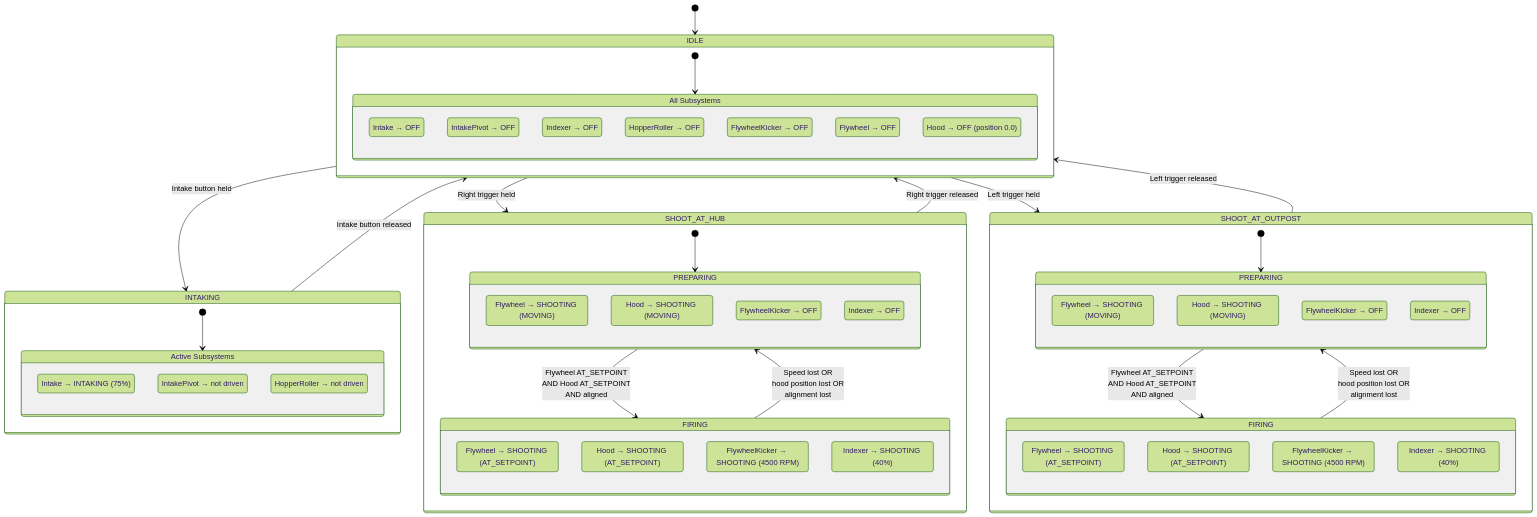
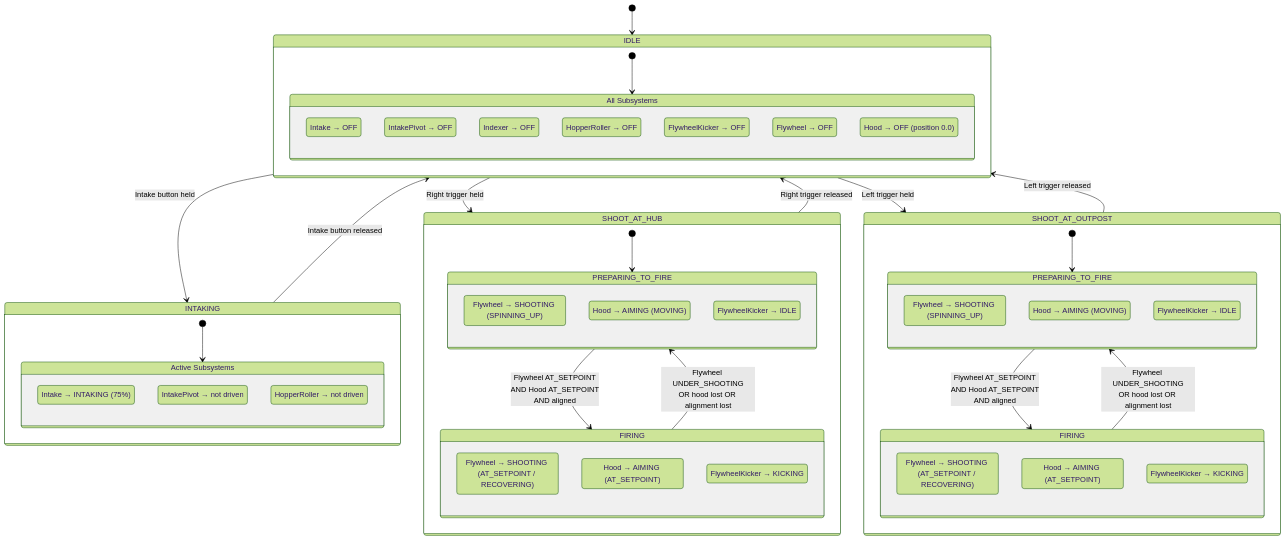
One commit to FRCTeam360/RainMaker26 changed the diagram in docs/states/FullStateMachine.mmd. Above: the diagram before and after it, drawn with Mermaid (forest theme). The commit also changed 7 other files, not shown here.

Commit message:
updated diagrams

```diff
--- a/docs/states/FullStateMachine.mmd
+++ b/docs/states/FullStateMachine.mmd
@@ -1,75 +1,71 @@
 stateDiagram-v2
     [*] --> IDLE
 
     state IDLE {
         [*] --> idle_subsystems
         state "All Subsystems" as idle_subsystems {
             idle_intake: Intake → OFF
             idle_pivot: IntakePivot → OFF
             idle_indexer: Indexer → OFF
             idle_hopper: HopperRoller → OFF
             idle_kicker: FlywheelKicker → OFF
             idle_flywheel: Flywheel → OFF
             idle_hood: Hood → OFF (position 0.0)
         }
     }
 
     state INTAKING {
         [*] --> intaking_subsystems
         state "Active Subsystems" as intaking_subsystems {
             int_intake: Intake → INTAKING (75%)
             int_pivot: IntakePivot → not driven
             int_hopper: HopperRoller → not driven
         }
     }
 
     state SHOOT_AT_HUB {
         [*] --> hub_PREPARING
 
-        state "PREPARING" as hub_PREPARING {
-            hub_prep_fw: Flywheel → SHOOTING (MOVING)
-            hub_prep_hood: Hood → SHOOTING (MOVING)
-            hub_prep_kicker: FlywheelKicker → OFF
-            hub_prep_indexer: Indexer → OFF
+        state "PREPARING_TO_FIRE" as hub_PREPARING {
+            hub_prep_fw: Flywheel → SHOOTING (SPINNING_UP)
+            hub_prep_hood: Hood → AIMING (MOVING)
+            hub_prep_kicker: FlywheelKicker → IDLE
         }
 
         state "FIRING" as hub_FIRING {
-            hub_fire_fw: Flywheel → SHOOTING (AT_SETPOINT)
-            hub_fire_hood: Hood → SHOOTING (AT_SETPOINT)
-            hub_fire_kicker: FlywheelKicker → SHOOTING (4500 RPM)
-            hub_fire_indexer: Indexer → SHOOTING (40%)
+            hub_fire_fw: Flywheel → SHOOTING (AT_SETPOINT / RECOVERING)
+            hub_fire_hood: Hood → AIMING (AT_SETPOINT)
+            hub_fire_kicker: FlywheelKicker → KICKING
         }
 
         hub_PREPARING --> hub_FIRING : Flywheel AT_SETPOINT<br>AND Hood AT_SETPOINT<br>AND aligned
-        hub_FIRING --> hub_PREPARING : Speed lost OR<br>hood position lost OR<br>alignment lost
+        hub_FIRING --> hub_PREPARING : Flywheel UNDER_SHOOTING<br>OR hood lost OR alignment lost
     }
 
     state SHOOT_AT_OUTPOST {
         [*] --> out_PREPARING
 
-        state "PREPARING" as out_PREPARING {
-            out_prep_fw: Flywheel → SHOOTING (MOVING)
-            out_prep_hood: Hood → SHOOTING (MOVING)
-            out_prep_kicker: FlywheelKicker → OFF
-            out_prep_indexer: Indexer → OFF
+        state "PREPARING_TO_FIRE" as out_PREPARING {
+            out_prep_fw: Flywheel → SHOOTING (SPINNING_UP)
+            out_prep_hood: Hood → AIMING (MOVING)
+            out_prep_kicker: FlywheelKicker → IDLE
         }
 
         state "FIRING" as out_FIRING {
-            out_fire_fw: Flywheel → SHOOTING (AT_SETPOINT)
-            out_fire_hood: Hood → SHOOTING (AT_SETPOINT)
-            out_fire_kicker: FlywheelKicker → SHOOTING (4500 RPM)
-            out_fire_indexer: Indexer → SHOOTING (40%)
+            out_fire_fw: Flywheel → SHOOTING (AT_SETPOINT / RECOVERING)
+            out_fire_hood: Hood → AIMING (AT_SETPOINT)
+            out_fire_kicker: FlywheelKicker → KICKING
         }
 
         out_PREPARING --> out_FIRING : Flywheel AT_SETPOINT<br>AND Hood AT_SETPOINT<br>AND aligned
-        out_FIRING --> out_PREPARING : Speed lost OR<br>hood position lost OR<br>alignment lost
+        out_FIRING --> out_PREPARING : Flywheel UNDER_SHOOTING<br>OR hood lost OR alignment lost
     }
 
     IDLE --> INTAKING : Intake button held
     INTAKING --> IDLE : Intake button released
 
     IDLE --> SHOOT_AT_HUB : Right trigger held
     SHOOT_AT_HUB --> IDLE : Right trigger released
 
     IDLE --> SHOOT_AT_OUTPOST : Left trigger held
     SHOOT_AT_OUTPOST --> IDLE : Left trigger released
```
